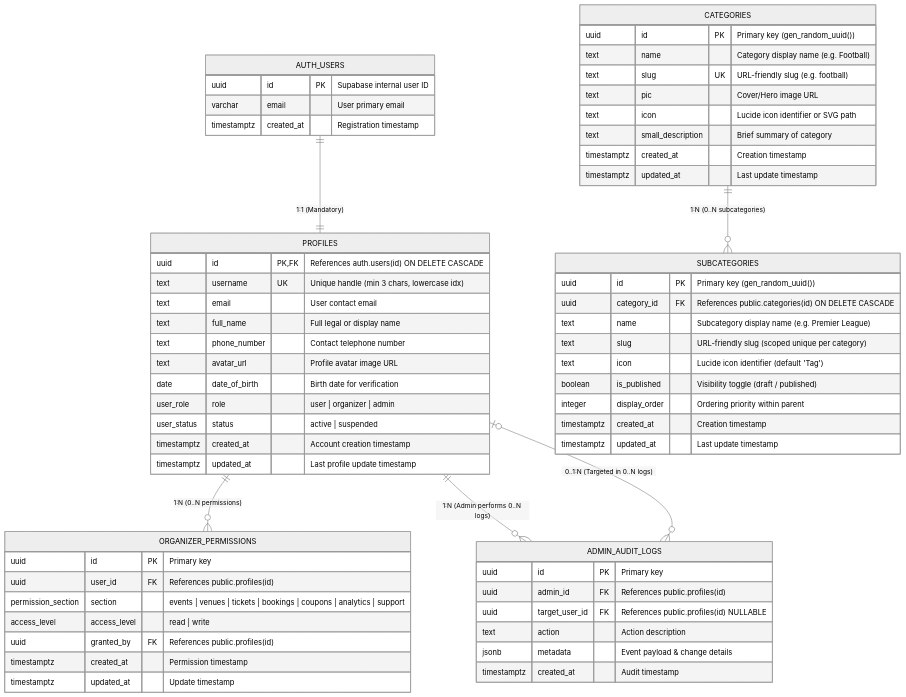
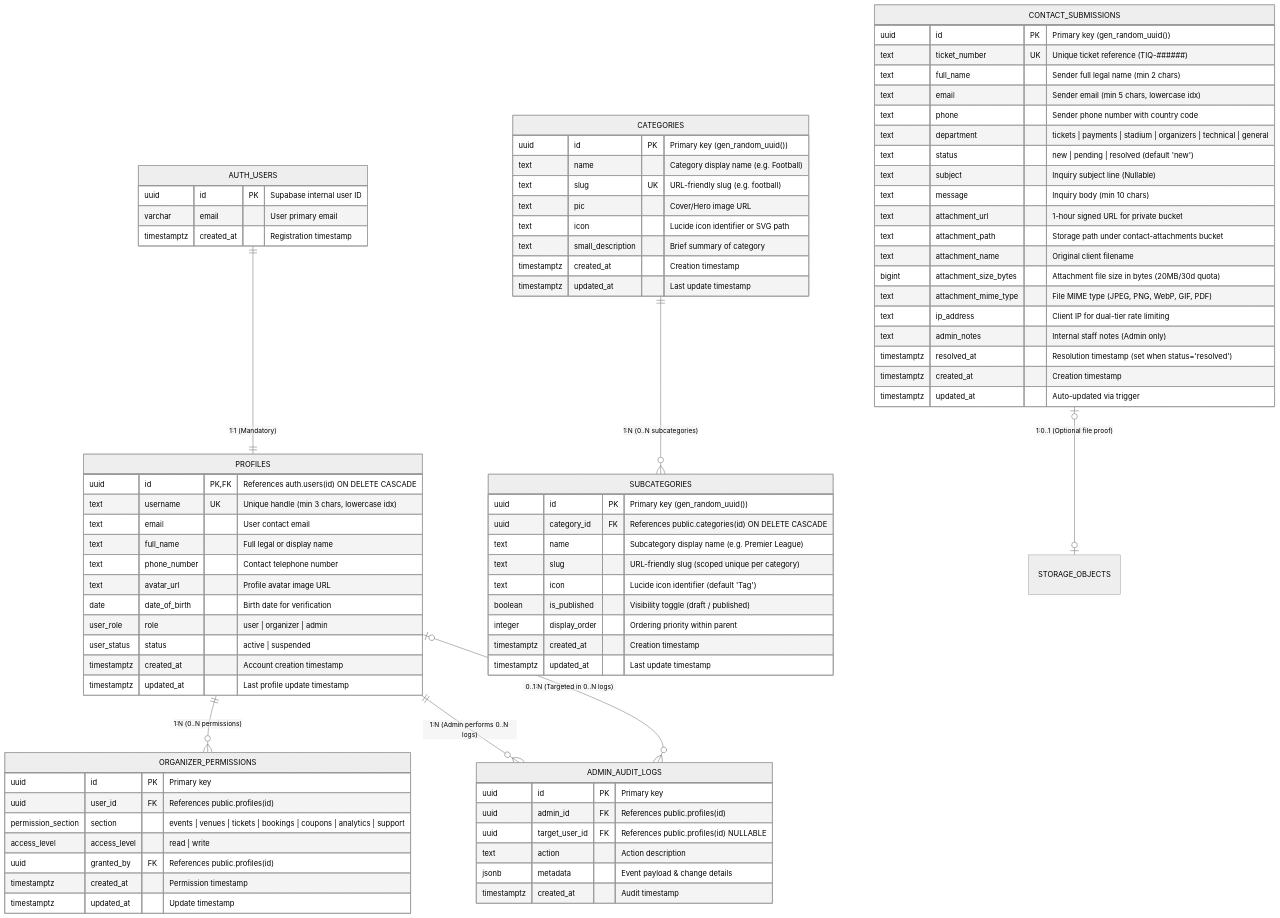
The second of 4 diagrams in docs/DB_STRUCTURE.md (AbdullahAhmed903/Tiqora), drawn with Mermaid (neutral theme) before and after one commit. The commit also changed other lines of this file and 17 other files, not shown here.

````diff
--- a/docs/DB_STRUCTURE.md
+++ b/docs/DB_STRUCTURE.md
@@ -176,6 +188,7 @@
     PROFILES ||--o{ ADMIN_AUDIT_LOGS : "1:N (Admin performs 0..N logs)"
     PROFILES |o--o{ ADMIN_AUDIT_LOGS : "0..1:N (Targeted in 0..N logs)"
     CATEGORIES ||--o{ SUBCATEGORIES : "1:N (0..N subcategories)"
+    CONTACT_SUBMISSIONS |o--o| STORAGE_OBJECTS : "1:0..1 (Optional file proof)"
 
     AUTH_USERS {
         uuid id PK "Supabase internal user ID"
@@ -238,4 +251,26 @@
         jsonb metadata "Event payload & change details"
         timestamptz created_at "Audit timestamp"
     }
+
+    CONTACT_SUBMISSIONS {
+        uuid id PK "Primary key (gen_random_uuid())"
+        text ticket_number UK "Unique ticket reference (TIQ-######)"
+        text full_name "Sender full legal name (min 2 chars)"
+        text email "Sender email (min 5 chars, lowercase idx)"
+        text phone "Sender phone number with country code"
+        text department "tickets | payments | stadium | organizers | technical | general"
+        text status "new | pending | resolved (default 'new')"
+        text subject "Inquiry subject line (Nullable)"
+        text message "Inquiry body (min 10 chars)"
+        text attachment_url "1-hour signed URL for private bucket"
+        text attachment_path "Storage path under contact-attachments bucket"
+        text attachment_name "Original client filename"
+        bigint attachment_size_bytes "Attachment file size in bytes (20MB/30d quota)"
+        text attachment_mime_type "File MIME type (JPEG, PNG, WebP, GIF, PDF)"
+        text ip_address "Client IP for dual-tier rate limiting"
+        text admin_notes "Internal staff notes (Admin only)"
+        timestamptz resolved_at "Resolution timestamp (set when status='resolved')"
+        timestamptz created_at "Creation timestamp"
+        timestamptz updated_at "Auto-updated via trigger"
+    }
 ```
````
